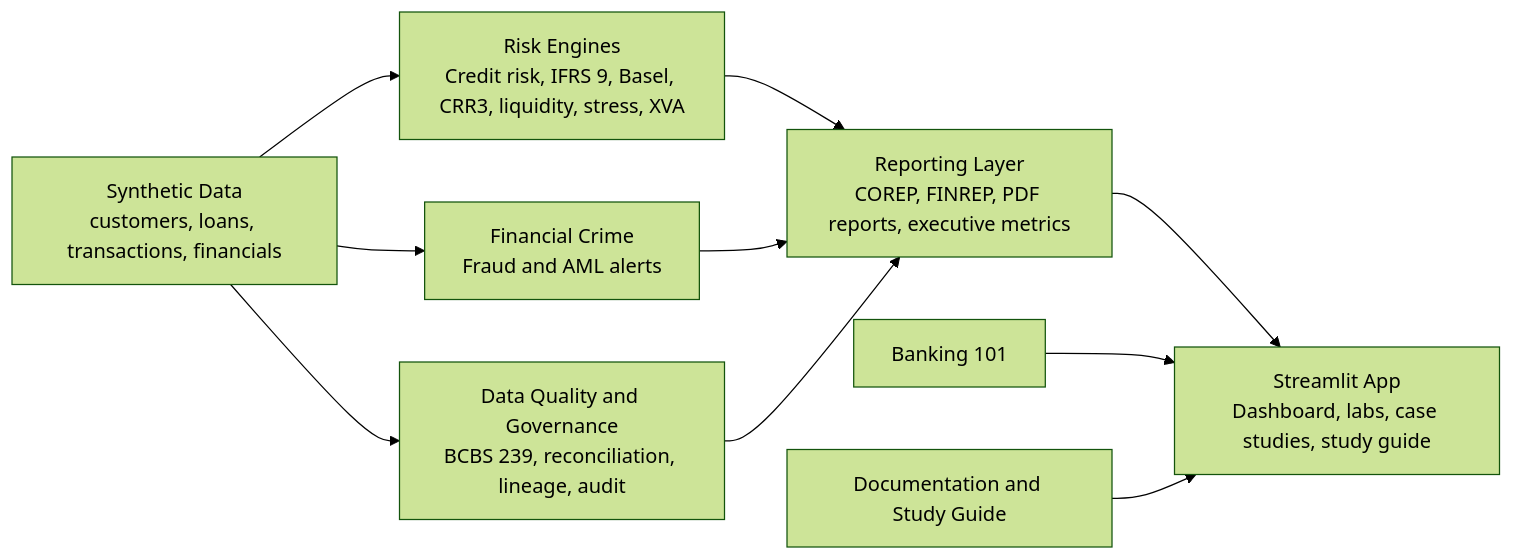
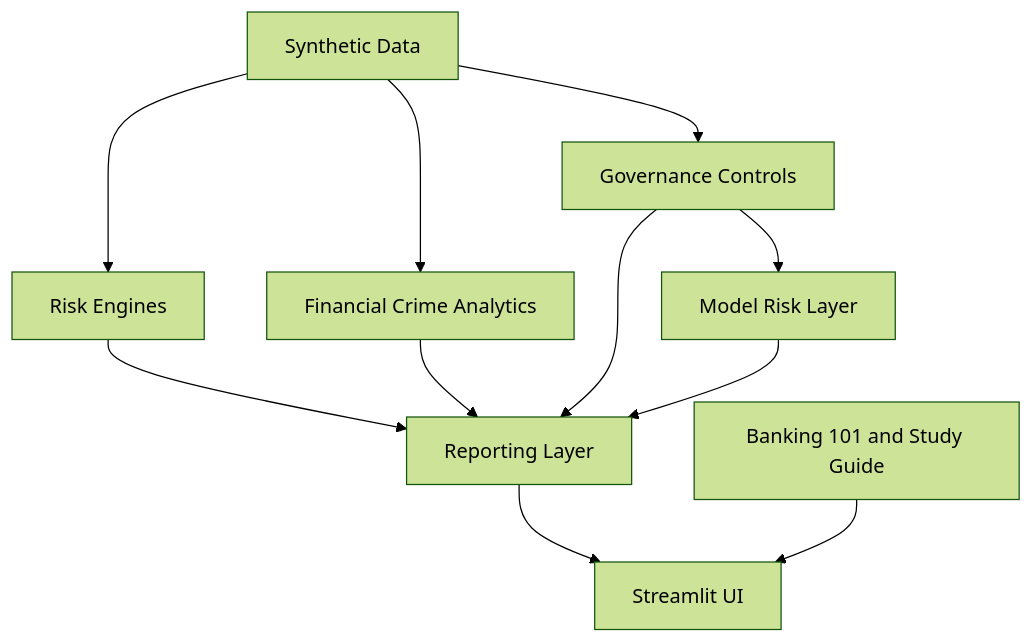
Before and after one commit to ragunath1242001/Finanical-Modelling: the diagram in README.md, drawn with Mermaid (forest theme). The commit also changed other lines of this file and 137 other files, not shown here.

Commit message:
Polish banking risk lab for portfolio release

````diff
--- a/README.md
+++ b/README.md
@@ -62,12 +148,13 @@
 ```mermaid
-flowchart LR
-    A[Synthetic Data\ncustomers, loans, transactions, financials] --> B[Data Quality and Governance\nBCBS 239, reconciliation, lineage, audit]
-    A --> C[Risk Engines\nCredit risk, IFRS 9, Basel, CRR3, liquidity, stress, XVA]
-    A --> D[Financial Crime\nFraud and AML alerts]
-    C --> E[Reporting Layer\nCOREP, FINREP, PDF reports, executive metrics]
+flowchart TD
+    A[Synthetic Data] --> B[Risk Engines]
+    A --> C[Financial Crime Analytics]
+    A --> D[Governance Controls]
+    B --> E[Reporting Layer]
+    C --> E
     D --> E
-    B --> E
-    E --> F[Streamlit App\nDashboard, labs, case studies, study guide]
-    G[Banking 101] --> F
-    H[Documentation and Study Guide] --> F
+    F[Model Risk Layer] --> E
+    D --> F
+    E --> G[Streamlit UI]
+    H[Banking 101 and Study Guide] --> G
 ```
````
